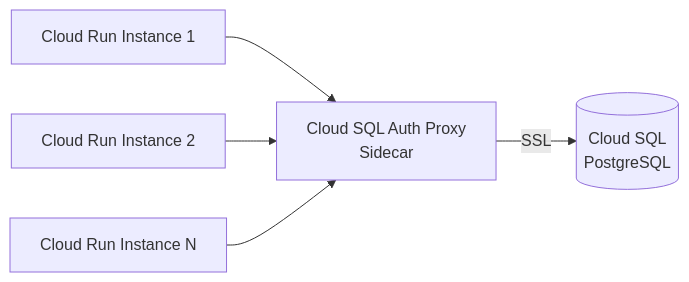
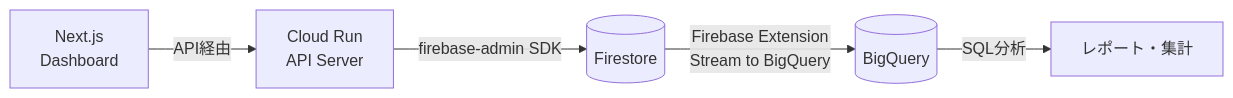
One commit to yasushihonda-acg/hr-system changed the diagram in docs/adr/ADR-003-database-selection.md. Above: the diagram before and after it, drawn with Mermaid. The commit also changed other lines of this file and 22 other files, not shown here.

First line of the commit message:
feat: migrate database from Cloud SQL to Firestore + BigQuery (#2)

````diff
--- a/docs/adr/ADR-003-database-selection.md
+++ b/docs/adr/ADR-003-database-selection.md
@@ -53,7 +52,7 @@
 ```mermaid
 graph LR
-    CR1[Cloud Run Instance 1] --> Proxy[Cloud SQL Auth Proxy<br/>Sidecar]
-    CR2[Cloud Run Instance 2] --> Proxy
-    CR3[Cloud Run Instance N] --> Proxy
-    Proxy -->|SSL| CSQL[(Cloud SQL<br/>PostgreSQL)]
+    CR[Cloud Run<br/>API Server] -->|firebase-admin SDK| FS[(Firestore)]
+    FS -->|Firebase Extension<br/>Stream to BigQuery| BQ[(BigQuery)]
+    NX[Next.js<br/>Dashboard] -->|API経由| CR
+    BQ -->|SQL分析| RPT[レポート・集計]
 ```
````
